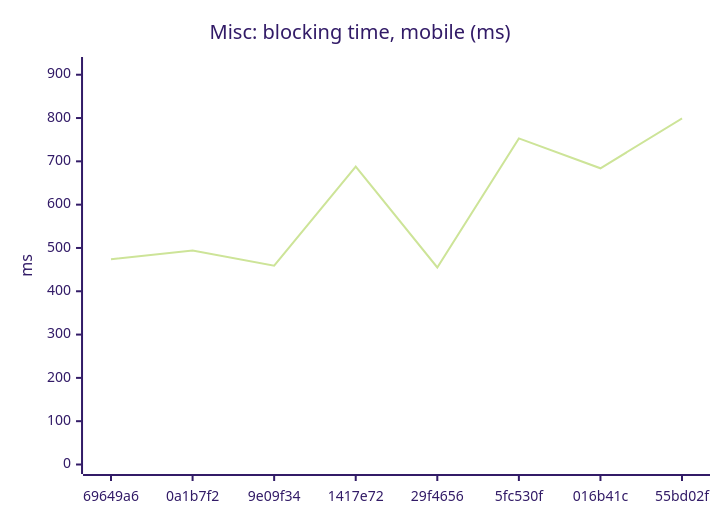
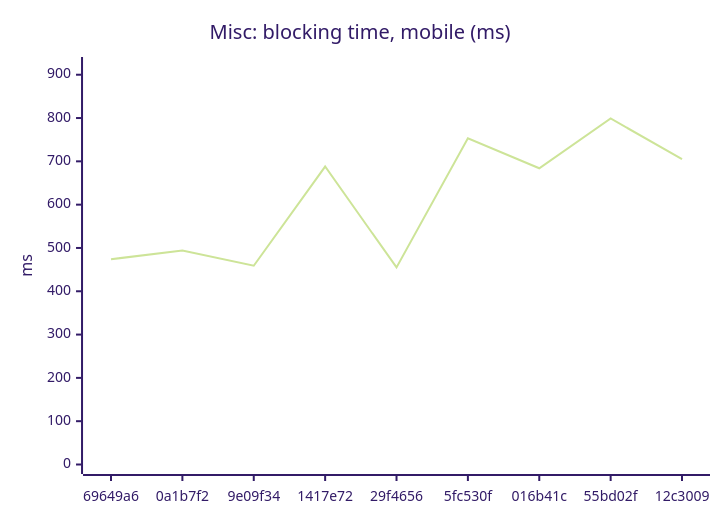
Before and after one commit to AxelUser/maltsev.space: the eighth of 18 diagrams in README.md, drawn with Mermaid (forest theme). The commit also changed other lines of this file and 1 other file, not shown here.

````diff
--- a/README.md
+++ b/README.md
@@ -97,7 +97,7 @@
 ```mermaid
 xychart-beta
   title "Misc: blocking time, mobile (ms)"
-  x-axis ["69649a6", "0a1b7f2", "9e09f34", "1417e72", "29f4656", "5fc530f", "016b41c", "55bd02f"]
+  x-axis ["69649a6", "0a1b7f2", "9e09f34", "1417e72", "29f4656", "5fc530f", "016b41c", "55bd02f", "12c3009"]
   y-axis "ms" 0 --> 919
-  line [474, 494, 459, 688, 455, 753, 684, 799]
+  line [474, 494, 459, 688, 455, 753, 684, 799, 705]
 ```
````
